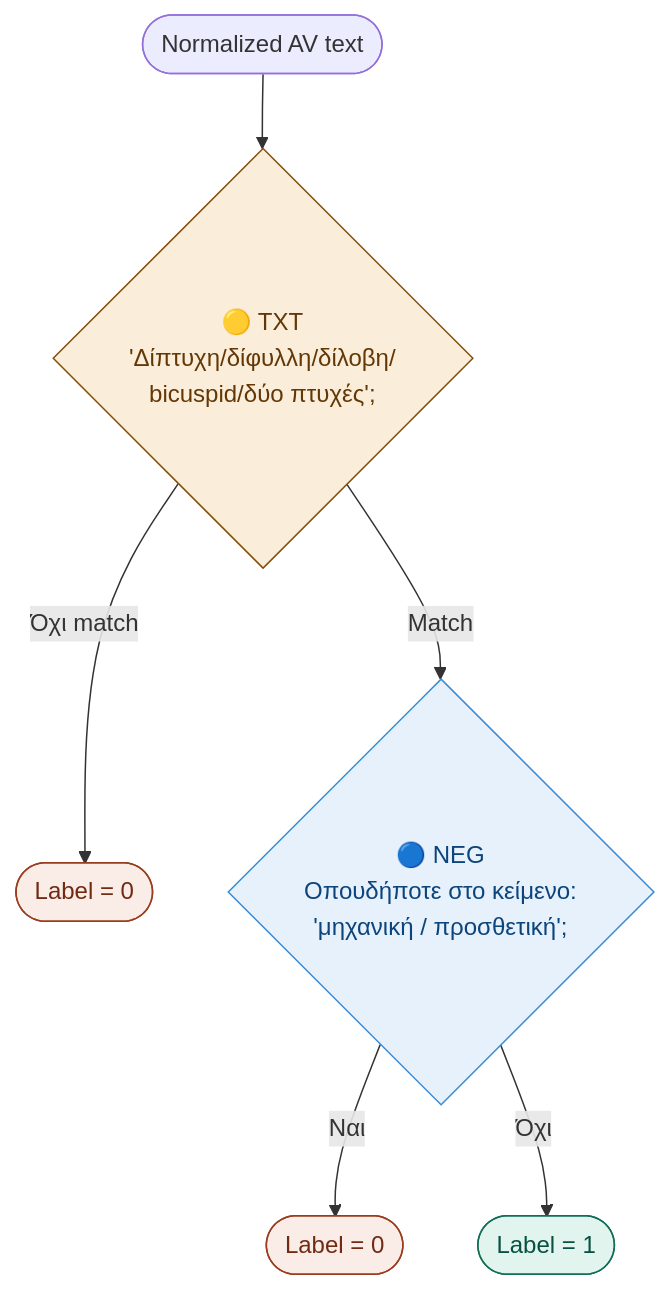
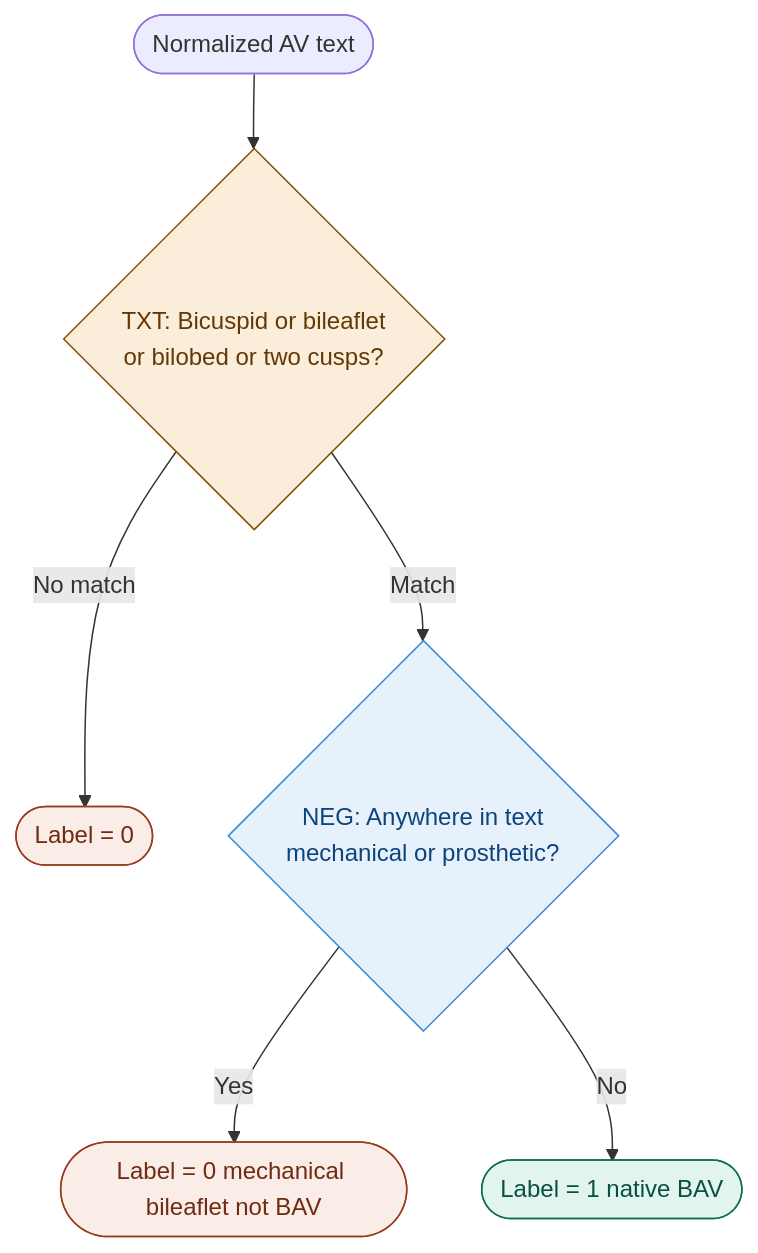
One commit to evatsioumani/Echo changed diagram 11 of 17 in BINARY_EXTRACTION.md. Above: the diagram before and after it, drawn with Mermaid. The commit also changed other lines of this file, not shown here.

````diff
--- a/BINARY_EXTRACTION.md
+++ b/BINARY_EXTRACTION.md
@@ -274,14 +276,14 @@
 ```mermaid
 flowchart TD
-    A([Normalized AV text]) --> B{🟡 TXT\n'Δίπτυχη/δίφυλλη/δίλοβη/\nbicuspid/δύο πτυχές';}
-    B -->|Όχι match| Z0([Label = 0])
-    B -->|Match| C{🔵 NEG\nΟπουδήποτε στο κείμενο:\n'μηχανική / προσθετική';}
-    C -->|Ναι| Z0b([Label = 0])
-    C -->|Όχι| Z1([Label = 1])
+    A([Normalized AV text]) --> B{TXT: Bicuspid or bileaflet\nor bilobed or two cusps?}
+    B -->|No match| Z0([Label = 0])
+    B -->|Match| C{NEG: Anywhere in text\nmechanical or prosthetic?}
+    C -->|Yes| Z0b([Label = 0 mechanical bileaflet not BAV])
+    C -->|No| Z1([Label = 1 native BAV])
 
     style Z0 fill:#FAECE7,stroke:#993C1D,color:#712B13
     style Z0b fill:#FAECE7,stroke:#993C1D,color:#712B13
     style Z1 fill:#E1F5EE,stroke:#0F6E56,color:#085041
     style B fill:#FAEEDA,stroke:#854F0B,color:#633806
     style C fill:#E6F1FB,stroke:#3B8BD4,color:#0C447C
 ```
````
